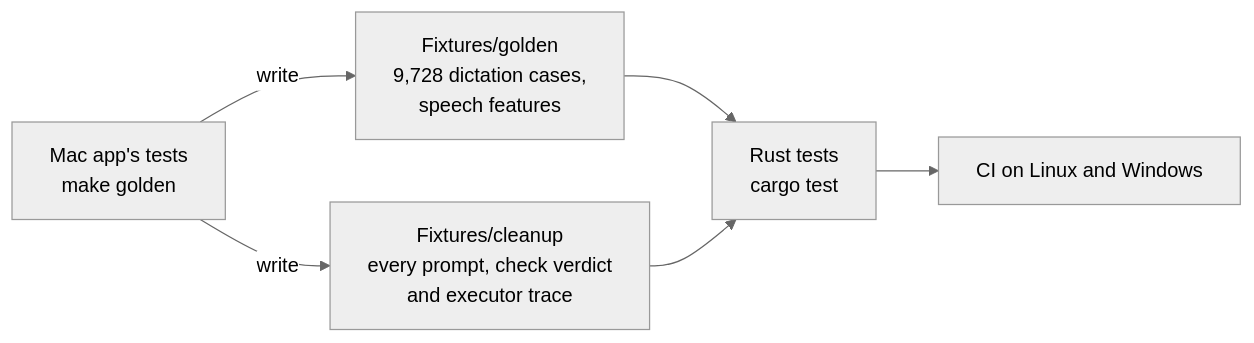
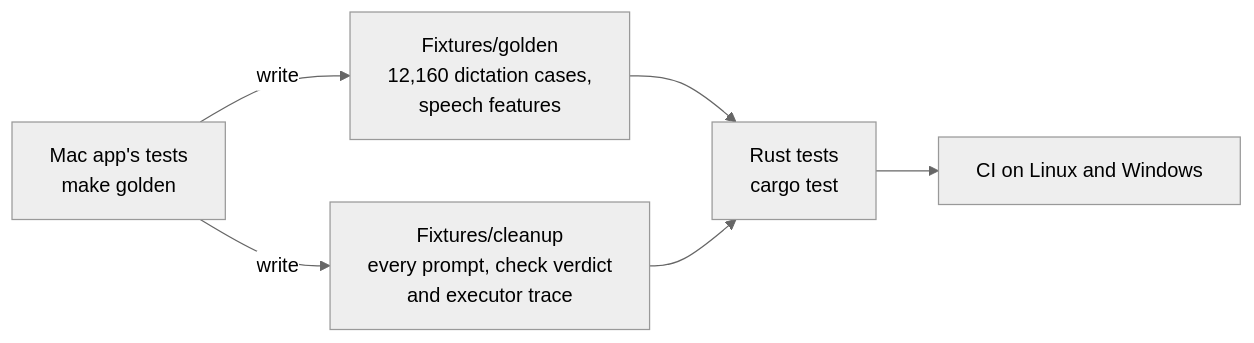
One commit to Nerdstorm/LiveTranscribe changed the eighth of 9 diagrams in docs/architecture.md. Above: the diagram before and after it, drawn with Mermaid (neutral theme). The commit also changed other lines of this file and 1 other file, not shown here.

First line of the commit message:
Correct the architecture and releasing guides against the code

````diff
--- a/docs/architecture.md
+++ b/docs/architecture.md
@@ -298,8 +336,8 @@
 ```mermaid
 flowchart LR
-    SW["Mac app's tests<br/>make golden"] -->|write| G["Fixtures/golden<br/>9,728 dictation cases,<br/>speech features"]
+    SW["Mac app's tests<br/>make golden"] -->|write| G["Fixtures/golden<br/>12,160 dictation cases,<br/>speech features"]
     SW -->|write| CF["Fixtures/cleanup<br/>every prompt, check verdict<br/>and executor trace"]
     G --> RT["Rust tests<br/>cargo test"]
     CF --> RT
     RT --> CI["CI on Linux and Windows"]
 ```
````
